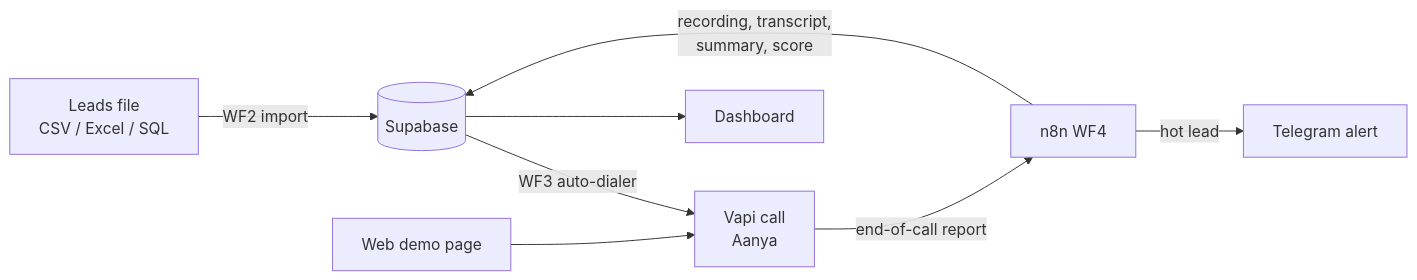
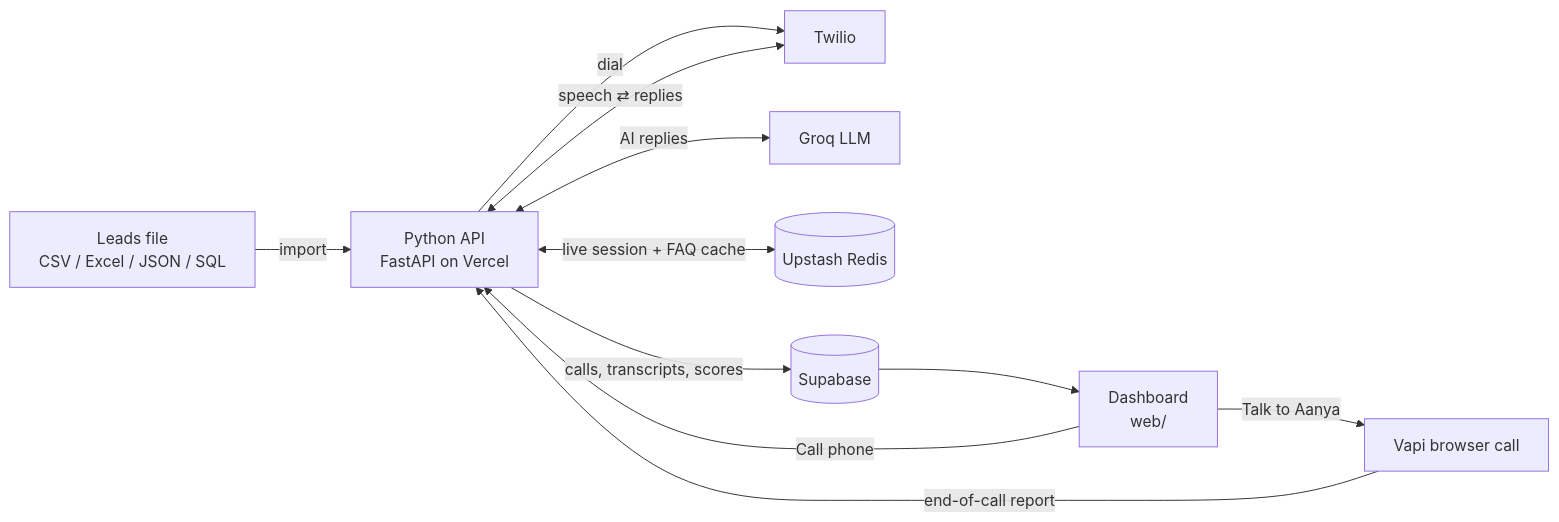
The diagram in README.md (anshuman0112/wow), drawn with Mermaid before and after one commit. The commit also changed other lines of this file and 2 other files, not shown here.

Commit message:
README for the Python setup, env example and npm scripts updated

````diff
--- a/README.md
+++ b/README.md
@@ -49,10 +61,13 @@
 ```mermaid
 flowchart LR
-  A[Leads file<br/>CSV / Excel / SQL] -->|WF2 import| DB[(Supabase)]
-  DB -->|WF3 auto-dialer| V[Vapi call<br/>Aanya]
-  W[Web demo page] --> V
-  V -->|end-of-call report| N[n8n WF4]
-  N -->|recording, transcript,<br/>summary, score| DB
-  N -->|hot lead| T[Telegram alert]
-  DB --> D[Dashboard]
+  L[Leads file<br/>CSV / Excel / JSON / SQL] -->|import| API
+  D[Dashboard<br/>web/] -->|Talk to Aanya| V[Vapi browser call]
+  D -->|Call phone| API[Python API<br/>FastAPI on Vercel]
+  API -->|dial| T[Twilio]
+  T <-->|speech ⇄ replies| API
+  API <-->|AI replies| G[Groq LLM]
+  API <-->|live session + FAQ cache| R[(Upstash Redis)]
+  V -->|end-of-call report| API
+  API -->|calls, transcripts, scores| DB[(Supabase)]
+  DB --> D
 ```
````
